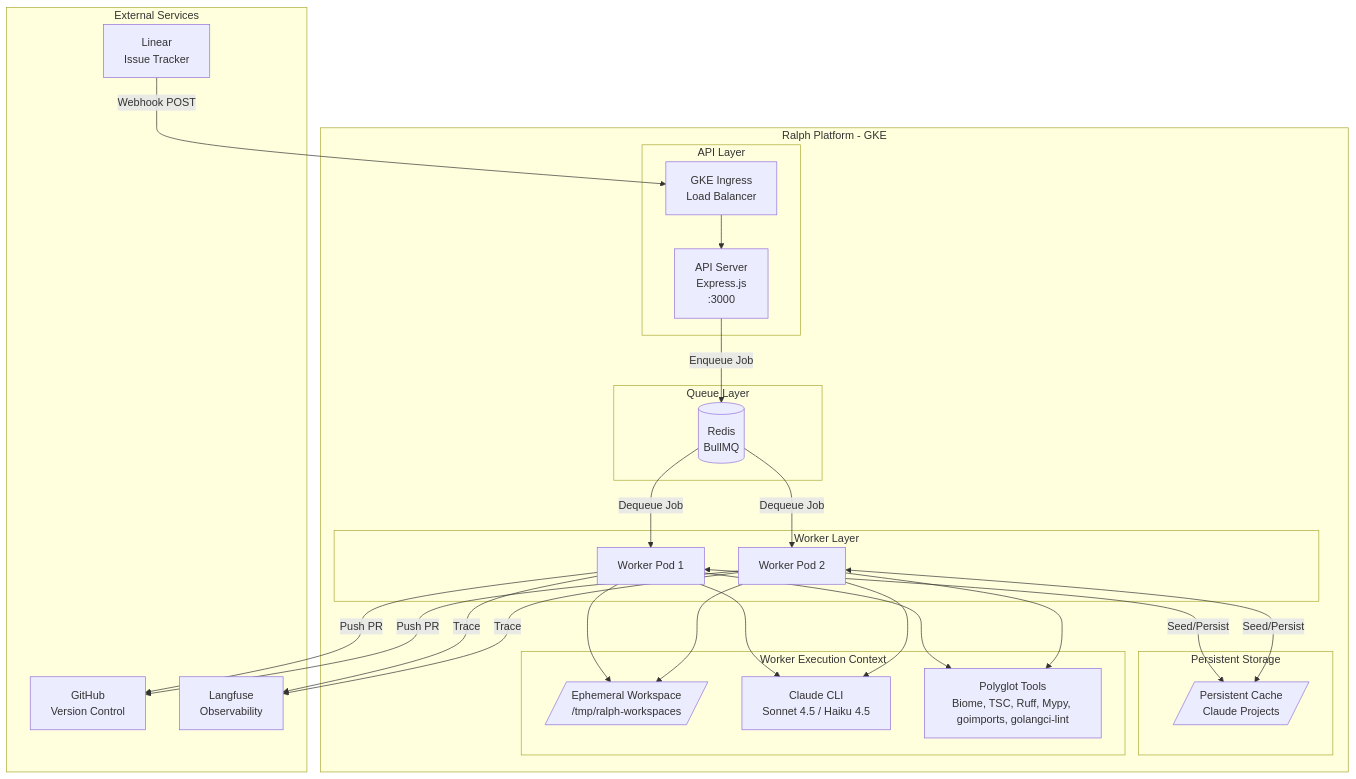
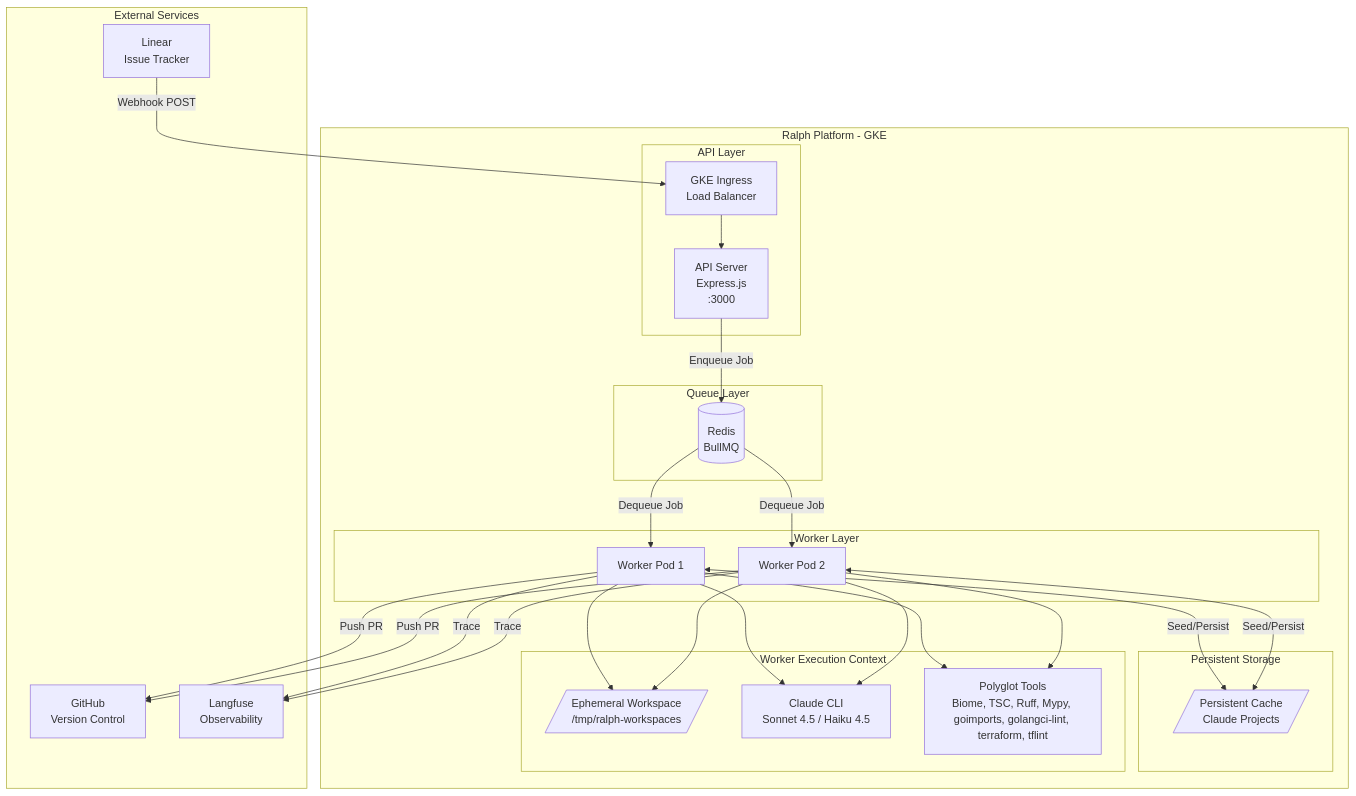
One commit to Replikanti/ralph-platform changed the first of 7 diagrams in ARCHITECTURE.md. Above: the diagram before and after it, drawn with Mermaid. The commit also changed other lines of this file and 5 other files, not shown here.

````diff
--- a/ARCHITECTURE.md
+++ b/ARCHITECTURE.md
@@ -16,52 +16,52 @@
 ```mermaid
 graph TB
     subgraph "External Services"
         Linear[Linear<br/>Issue Tracker]
         GitHub[GitHub<br/>Version Control]
         Langfuse[Langfuse<br/>Observability]
     end
 
     subgraph "Ralph Platform - GKE"
         subgraph "API Layer"
             API[API Server<br/>Express.js<br/>:3000]
             Ingress[GKE Ingress<br/>Load Balancer]
         end
 
         subgraph "Queue Layer"
             Redis[(Redis<br/>BullMQ)]
         end
 
         subgraph "Worker Layer"
             Worker1[Worker Pod 1]
             Worker2[Worker Pod 2]
         end
 
         subgraph "Persistent Storage"
             Cache[/Persistent Cache<br/>Claude Projects/]
         end
 
         subgraph "Worker Execution Context"
             Workspace[/Ephemeral Workspace<br/>/tmp/ralph-workspaces/]
             ClaudeCLI[Claude CLI<br/>Sonnet 4.5 / Haiku 4.5]
-            Tools[Polyglot Tools<br/>Biome, TSC, Ruff, Mypy, goimports, golangci-lint]
+            Tools[Polyglot Tools<br/>Biome, TSC, Ruff, Mypy, goimports, golangci-lint, terraform, tflint]
         end
     end
 
     Linear -->|Webhook POST| Ingress
     Ingress --> API
     API -->|Enqueue Job| Redis
     Redis -->|Dequeue Job| Worker1
     Redis -->|Dequeue Job| Worker2
     Worker1 --> Workspace
     Worker1 --> ClaudeCLI
     Worker1 --> Tools
     Worker1 <-->|Seed/Persist| Cache
     Worker1 -->|Push PR| GitHub
     Worker1 -->|Trace| Langfuse
     Worker2 --> Workspace
     Worker2 --> ClaudeCLI
     Worker2 --> Tools
     Worker2 <-->|Seed/Persist| Cache
     Worker2 -->|Push PR| GitHub
     Worker2 -->|Trace| Langfuse
 ```
````
